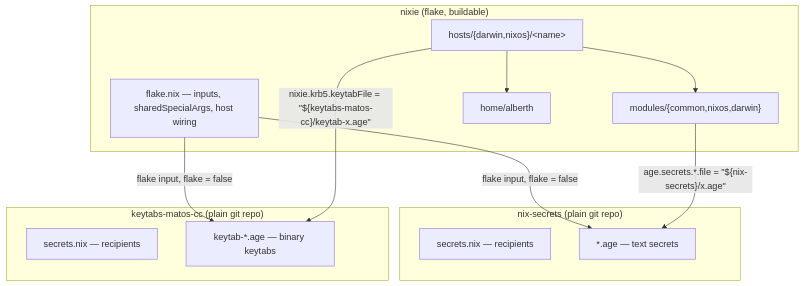
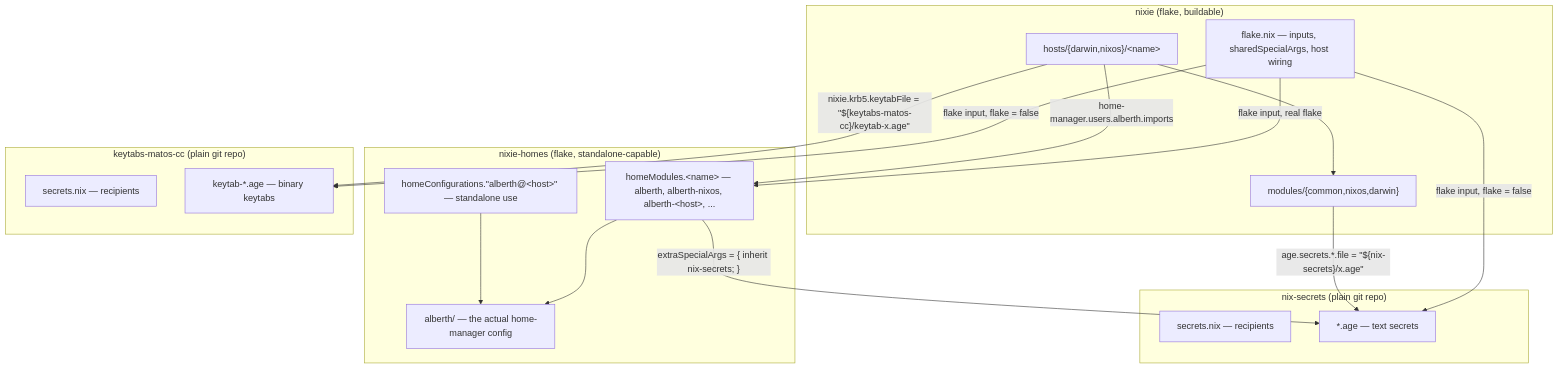
One commit to amatos/nixie changed the first of 2 diagrams in ARCHITECTURE.md. Above: the diagram before and after it, drawn with Mermaid. The commit also changed other lines of this file and 41 other files, not shown here.

````diff
--- a/ARCHITECTURE.md
+++ b/ARCHITECTURE.md
@@ -24,26 +30,35 @@
 ```mermaid
 flowchart TB
     subgraph nixie["nixie (flake, buildable)"]
         flakeNix["flake.nix — inputs, sharedSpecialArgs, host wiring"]
         hosts["hosts/{darwin,nixos}/&lt;name&gt;"]
         modules["modules/{common,nixos,darwin}"]
-        home["home/alberth"]
+    end
+
+    subgraph nixieHomes["nixie-homes (flake, standalone-capable)"]
+        homeModules["homeModules.&lt;name&gt; — alberth, alberth-nixos, alberth-&lt;host&gt;, ..."]
+        homeConfigs["homeConfigurations.&quot;alberth@&lt;host&gt;&quot; — standalone use"]
+        alberth["alberth/ — the actual home-manager config"]
     end
 
     subgraph nixSecrets["nix-secrets (plain git repo)"]
         nsSecretsNix["secrets.nix — recipients"]
         nsAge["*.age — text secrets"]
     end
 
     subgraph keytabs["keytabs-matos-cc (plain git repo)"]
         ktSecretsNix["secrets.nix — recipients"]
         ktAge["keytab-*.age — binary keytabs"]
     end
 
     flakeNix -- "flake input, flake = false" --> nsAge
     flakeNix -- "flake input, flake = false" --> ktAge
+    flakeNix -- "flake input, real flake" --> homeModules
     modules -- "age.secrets.*.file = &quot;${nix-secrets}/x.age&quot;" --> nsAge
     hosts -- "nixie.krb5.keytabFile = &quot;${keytabs-matos-cc}/keytab-x.age&quot;" --> ktAge
+    hosts -- "home-manager.users.alberth.imports" --> homeModules
+    homeModules --> alberth
+    homeConfigs --> alberth
+    homeModules -- "extraSpecialArgs = { inherit nix-secrets; }" --> nsAge
     hosts --> modules
-    hosts --> home
 ```
````
